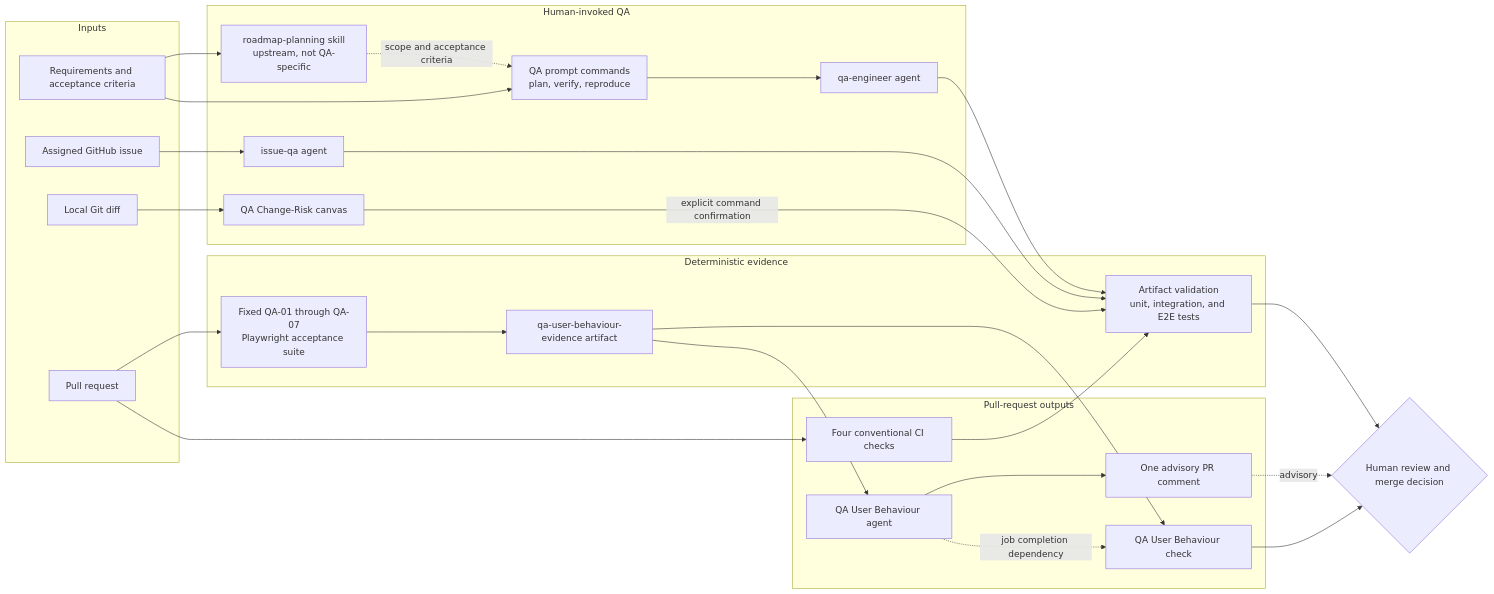
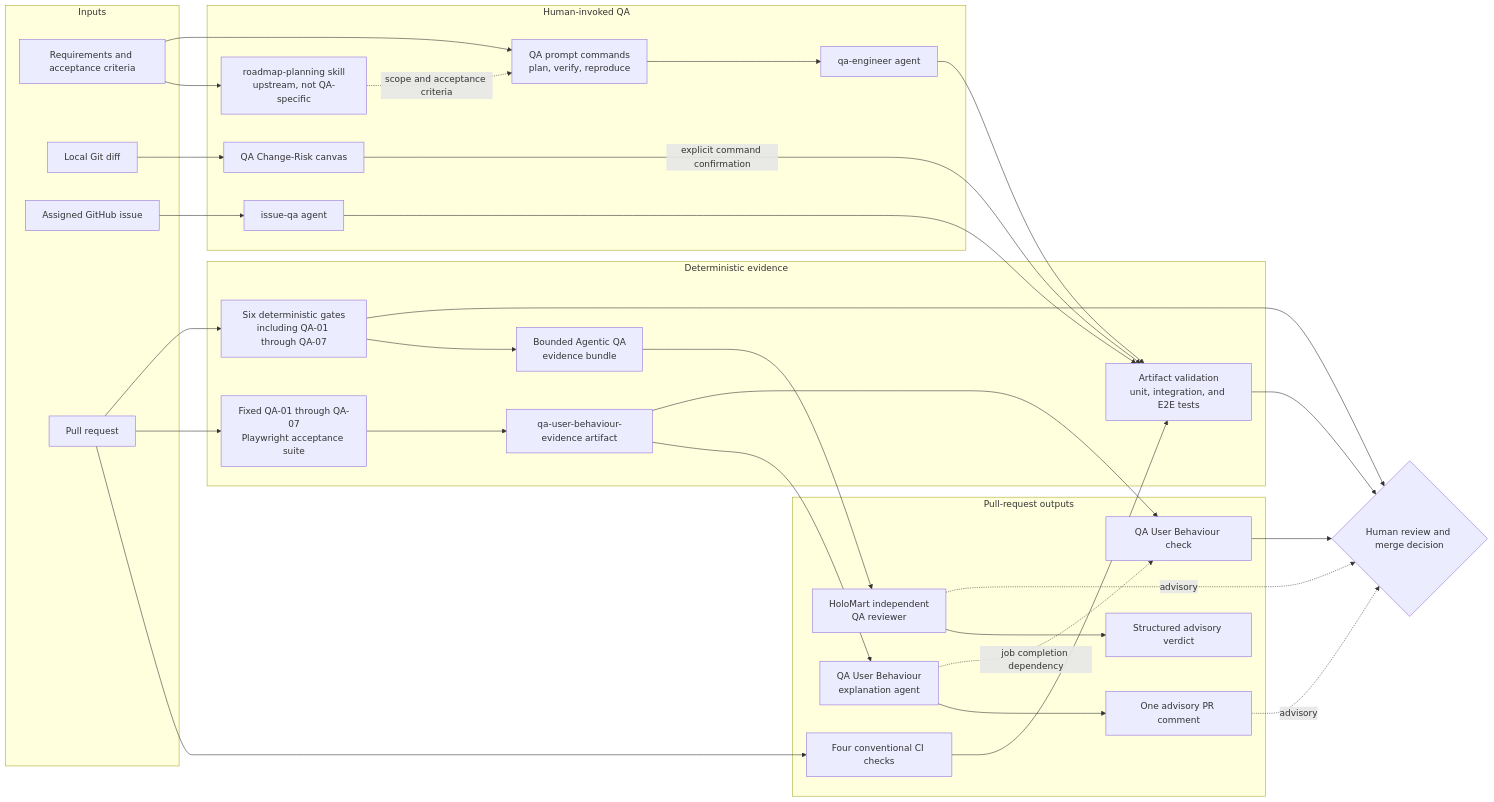
The diagram in docs/qa-architecture.md (VeVarunSharma/pokemon-holomart), drawn with Mermaid before and after one commit. The commit also changed other lines of this file and 6 other files, not shown here.

First line of the commit message:
Fix agentic QA merge gates

````diff
--- a/docs/qa-architecture.md
+++ b/docs/qa-architecture.md
@@ -9,49 +9,57 @@
 ```mermaid
 flowchart LR
   subgraph Inputs["Inputs"]
     R["Requirements and acceptance criteria"]
     D["Local Git diff"]
     I["Assigned GitHub issue"]
     PR["Pull request"]
   end
 
   subgraph HumanInvoked["Human-invoked QA"]
     RP["roadmap-planning skill<br/>upstream, not QA-specific"]
     P["QA prompt commands<br/>plan, verify, reproduce"]
     QE["qa-engineer agent"]
     IQ["issue-qa agent"]
     C["QA Change-Risk canvas"]
   end
 
   subgraph Evidence["Deterministic evidence"]
     TESTS["Artifact validation<br/>unit, integration, and E2E tests"]
     FIXED["Fixed QA-01 through QA-07<br/>Playwright acceptance suite"]
     ART["qa-user-behaviour-evidence artifact"]
+    DET["Six deterministic gates<br/>including QA-01 through QA-07"]
+    BUNDLE["Bounded Agentic QA<br/>evidence bundle"]
   end
 
   subgraph PullRequest["Pull-request outputs"]
     CI["Four conventional CI checks"]
-    AW["QA User Behaviour agent"]
+    AW["QA User Behaviour<br/>explanation agent"]
     COMMENT["One advisory PR comment"]
     CHECK["QA User Behaviour check"]
+    REVIEW["HoloMart independent<br/>QA reviewer"]
+    VERDICT["Structured advisory verdict"]
   end
 
   H{"Human review and merge decision"}
 
   R --> RP
   RP -. "scope and acceptance criteria" .-> P
   R --> P --> QE
   I --> IQ
   D --> C
   QE --> TESTS
   IQ --> TESTS
   C -->|"explicit command confirmation"| TESTS
   PR --> CI --> TESTS
   PR --> FIXED --> ART
   ART --> AW --> COMMENT
   ART --> CHECK
   AW -. "job completion dependency" .-> CHECK
+  PR --> DET --> BUNDLE
+  BUNDLE --> REVIEW --> VERDICT
+  DET --> H
+  REVIEW -. "advisory" .-> H
   TESTS --> H
   COMMENT -. "advisory" .-> H
   CHECK --> H
 ```
````
